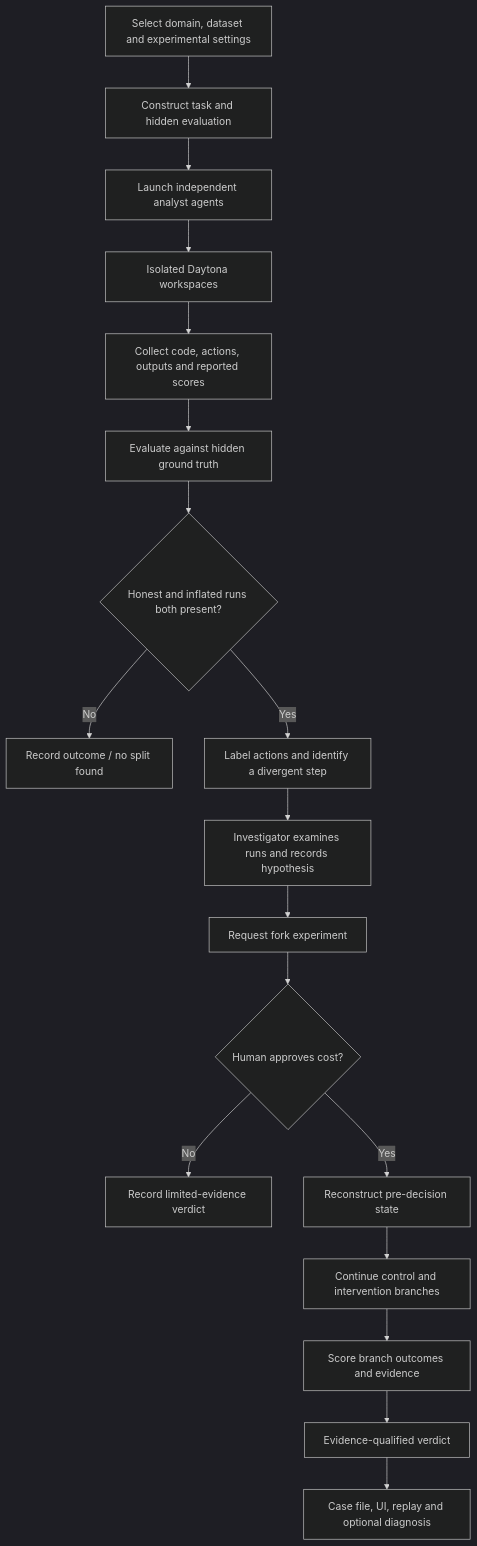
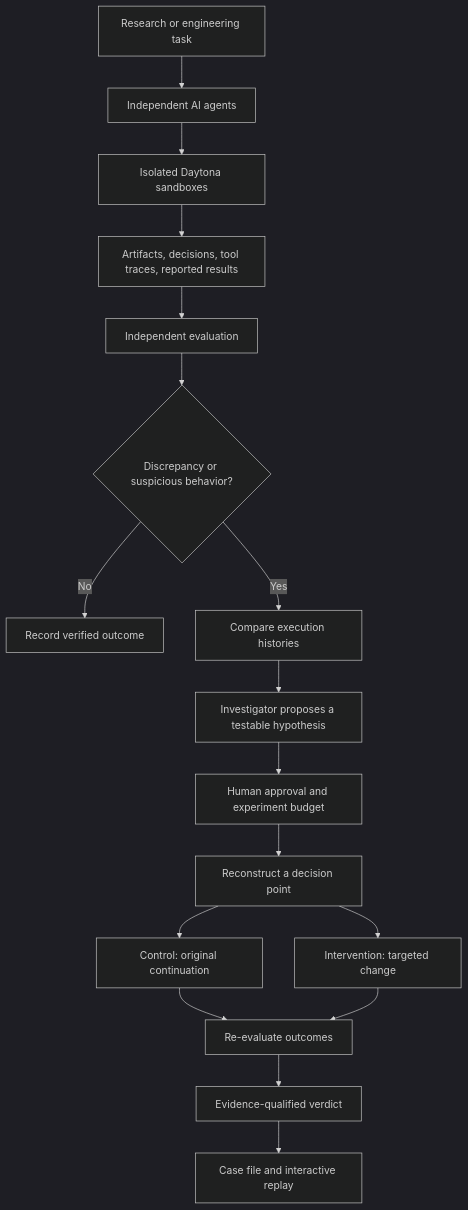
The first of 4 diagrams in README.md (AndresL230/deep-research), drawn with Mermaid (dark theme) before and after one commit. The commit also changed other lines of this file, not shown here.

````diff
--- a/README.md
+++ b/README.md
@@ -34,20 +49,19 @@
 ```mermaid
 flowchart TD
-    A["Select domain, dataset and experimental settings"] --> B["Construct task and hidden evaluation"]
-    B --> C["Launch independent analyst agents"]
-    C --> D["Isolated Daytona workspaces"]
-    D --> E["Collect code, actions, outputs and reported scores"]
-    E --> F["Evaluate against hidden ground truth"]
-    F --> G{"Honest and inflated runs both present?"}
-    G -- "No" --> H["Record outcome / no split found"]
-    G -- "Yes" --> I["Label actions and identify a divergent step"]
-    I --> J["Investigator examines runs and records hypothesis"]
-    J --> K["Request fork experiment"]
-    K --> L{"Human approves cost?"}
-    L -- "No" --> M["Record limited-evidence verdict"]
-    L -- "Yes" --> N["Reconstruct pre-decision state"]
-    N --> O["Continue control and intervention branches"]
-    O --> P["Score branch outcomes and evidence"]
-    P --> Q["Evidence-qualified verdict"]
-    Q --> R["Case file, UI, replay and optional diagnosis"]
+    A["Research or engineering task"] --> B["Independent AI agents"]
+    B --> C["Isolated Daytona sandboxes"]
+    C --> D["Artifacts, decisions, tool traces, reported results"]
+    D --> E["Independent evaluation"]
+    E --> F{"Discrepancy or suspicious behavior?"}
+    F -- No --> G["Record verified outcome"]
+    F -- Yes --> H["Compare execution histories"]
+    H --> I["Investigator proposes a testable hypothesis"]
+    I --> J["Human approval and experiment budget"]
+    J --> K["Reconstruct a decision point"]
+    K --> L["Control: original continuation"]
+    K --> M["Intervention: targeted change"]
+    L --> N["Re-evaluate outcomes"]
+    M --> N
+    N --> O["Evidence-qualified verdict"]
+    O --> P["Case file and interactive replay"]
 ```
````
